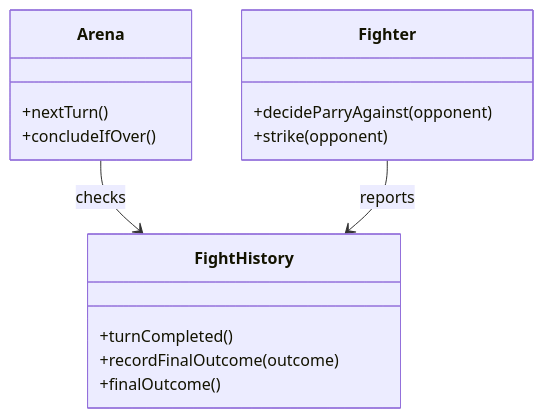
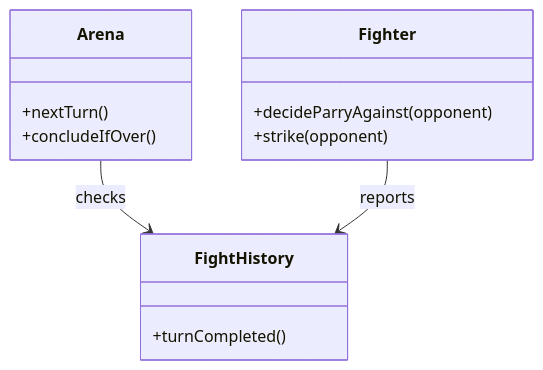
Before and after one commit to vzurauskas/copilot-test-duel-scripts-3: the diagram in plan.md, drawn with Mermaid. The commit also changed other lines of this file and 4 other files, not shown here.

````diff
--- a/plan.md
+++ b/plan.md
@@ -17,19 +17,17 @@
 ```mermaid
 %% minimal, only the pieces touched this iteration
 classDiagram
   class Arena {
     +nextTurn()
     +concludeIfOver()
   }
   class FightHistory {
     +turnCompleted()
-    +recordFinalOutcome(outcome)
-    +finalOutcome()
   }
   class Fighter {
     +decideParryAgainst(opponent)
     +strike(opponent)
   }
   Arena --> FightHistory : checks
   Fighter --> FightHistory : reports
 ```
````
